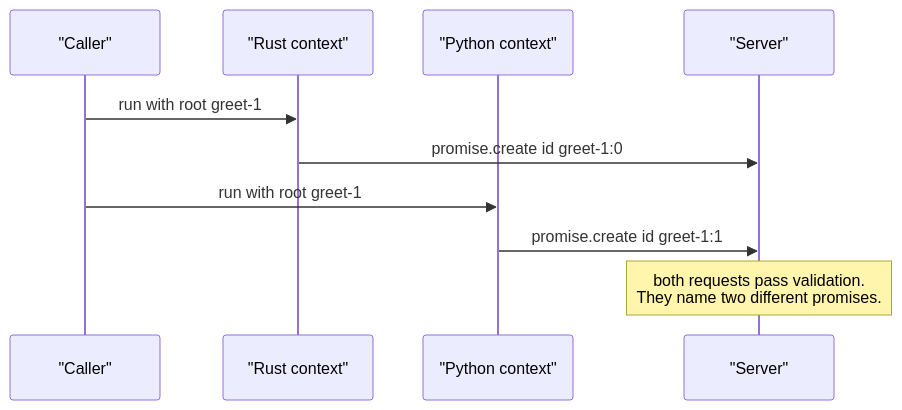
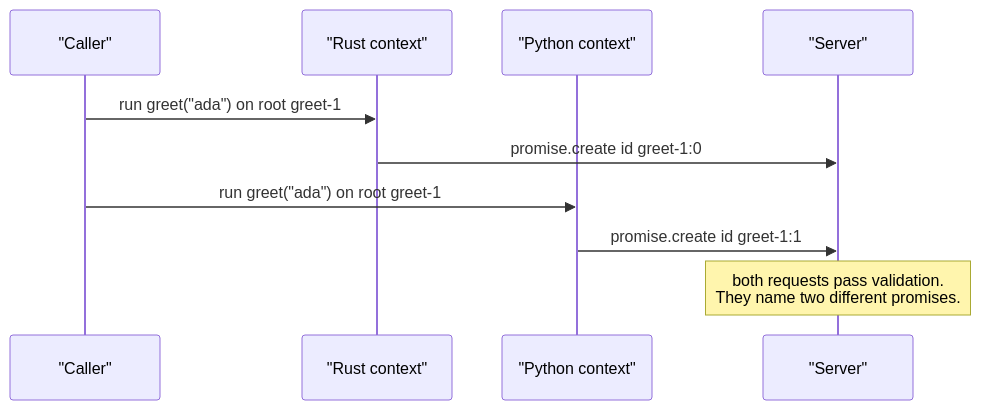
Before and after one commit to ewe-studios/explorations: the third of 6 diagrams in src.durable-streams/src.resonate/markdown/20-deterministic-identifiers.md, drawn with Mermaid. The commit also changed other lines of this file and 1 other file, not shown here.

````diff
--- a/src.durable-streams/src.resonate/markdown/20-deterministic-identifiers.md
+++ b/src.durable-streams/src.resonate/markdown/20-deterministic-identifiers.md
@@ -191,12 +191,12 @@
 ```mermaid
 sequenceDiagram
   participant C as "Caller"
   participant R as "Rust context"
   participant P as "Python context"
   participant S as "Server"
-  C->>R: run with root greet-1
+  C->>R: run greet("ada") on root greet-1
   R->>S: promise.create id greet-1:0
-  C->>P: run with root greet-1
+  C->>P: run greet("ada") on root greet-1
   P->>S: promise.create id greet-1:1
   Note over S: both requests pass validation.<br/>They name two different promises.
 ```
````
